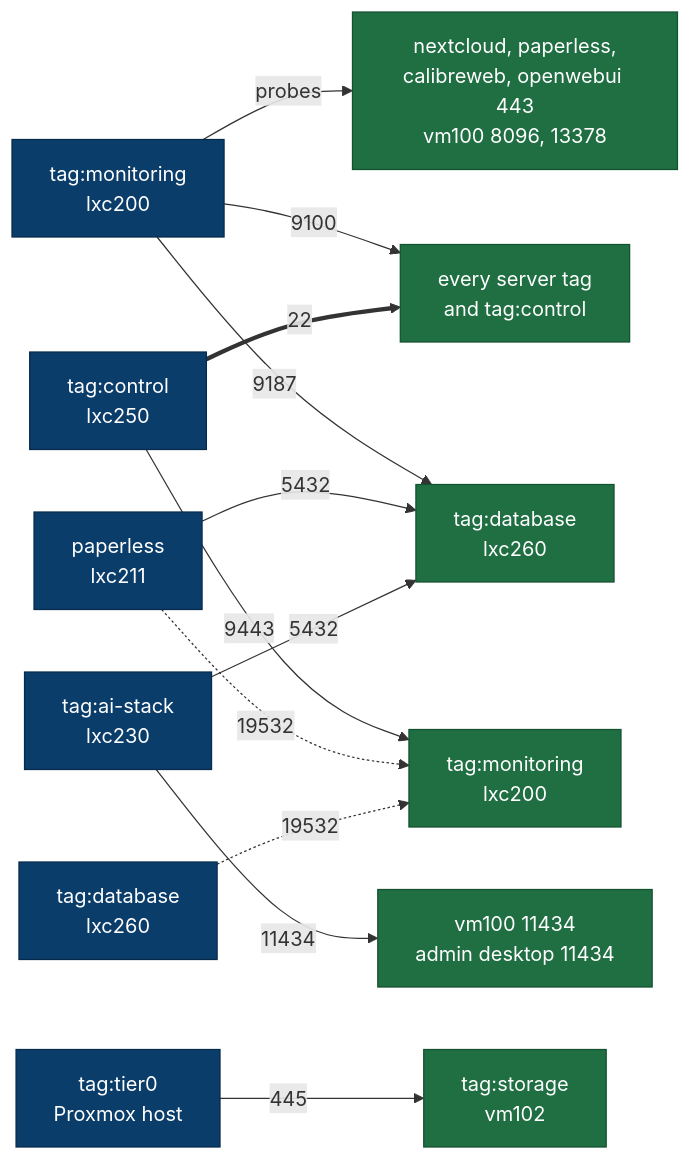
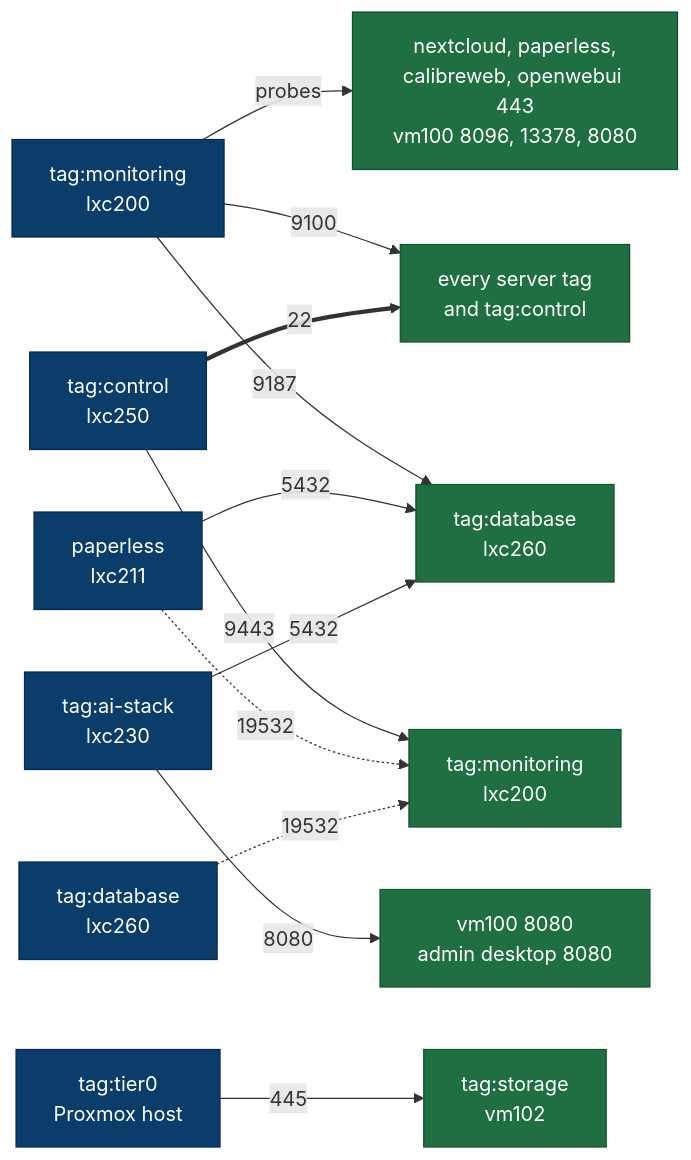
The second of 4 diagrams in docs/architecture/diagram.md (sohanreddyk/homelab-server-architecture), drawn with Mermaid before and after one commit. The commit also changed other lines of this file and 24 other files, not shown here.

````diff
--- a/docs/architecture/diagram.md
+++ b/docs/architecture/diagram.md
@@ -87,36 +87,36 @@
 ```mermaid
 flowchart LR
   accTitle: Tailscale ACL - service-to-service, control and monitoring rules
   accDescr: The monitoring node, the control node, the hypervisor, Paperless and the AI stack on the left, with the ports they may reach.
 
   MON_S["tag:monitoring<br/>lxc200"]
   CTL_S["tag:control<br/>lxc250"]
   T0_S["tag:tier0<br/>Proxmox host"]
   PL_S["paperless<br/>lxc211"]
   DB_S["tag:database<br/>lxc260"]
   AI_S["tag:ai-stack<br/>lxc230"]
 
   SERVERS["every server tag<br/>and tag:control"]
-  PROBES["nextcloud, paperless,<br/>calibreweb, openwebui 443<br/>vm100 8096, 13378"]
+  PROBES["nextcloud, paperless,<br/>calibreweb, openwebui 443<br/>vm100 8096, 13378, 8080"]
   ST_D["tag:storage<br/>vm102"]
   DB_D["tag:database<br/>lxc260"]
   MON_D["tag:monitoring<br/>lxc200"]
-  OLL["vm100 11434<br/>admin desktop 11434"]
+  OLL["vm100 8080<br/>admin desktop 8080"]
 
   MON_S -->|"9100"| SERVERS
   MON_S -->|"9187"| DB_D
   MON_S -->|"probes"| PROBES
   CTL_S ==>|"22"| SERVERS
   CTL_S -->|"9443"| MON_D
   T0_S -->|"445"| ST_D
   PL_S -->|"5432"| DB_D
   PL_S -.->|"19532"| MON_D
   DB_S -.->|"19532"| MON_D
   AI_S -->|"5432"| DB_D
-  AI_S -->|"11434"| OLL
+  AI_S -->|"8080"| OLL
 
   classDef src fill:#0b3d6b,stroke:#062a4b,color:#ffffff
   classDef dst fill:#1f6f43,stroke:#14512f,color:#ffffff
   class MON_S,CTL_S,T0_S,PL_S,DB_S,AI_S src
   class SERVERS,PROBES,ST_D,DB_D,MON_D,OLL dst
 ```
````
